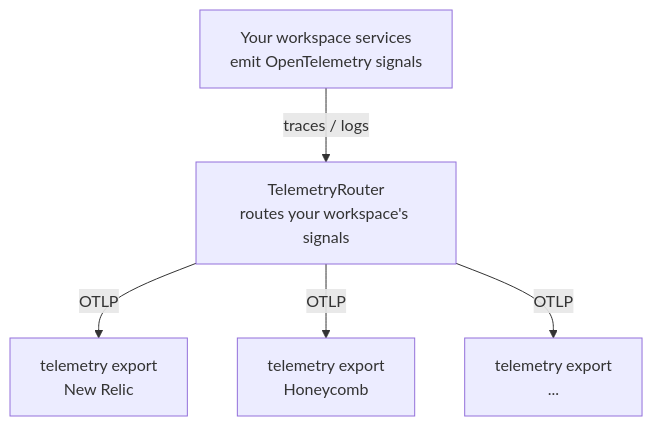
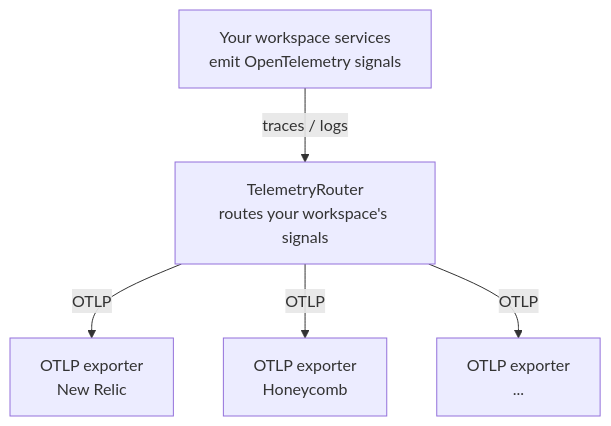
Before and after one commit to tailor-platform/docs: the first of 2 diagrams in docs/guides/opentelemetry.md, drawn with Mermaid. The commit also changed other lines of this file, not shown here.

First line of the commit message:
Rename telemetry export to OTLP exporter in observability guide (#136)

````diff
--- a/docs/guides/opentelemetry.md
+++ b/docs/guides/opentelemetry.md
@@ -20,7 +20,7 @@
 ```mermaid
 flowchart TD
   A[Your workspace services<br/>emit OpenTelemetry signals] -->|traces / logs| B[TelemetryRouter<br/>routes your workspace's signals]
-  B -->|OTLP| C[telemetry export<br/>New Relic]
-  B -->|OTLP| D[telemetry export<br/>Honeycomb]
-  B -->|OTLP| E[telemetry export<br/>...]
+  B -->|OTLP| C[OTLP exporter<br/>New Relic]
+  B -->|OTLP| D[OTLP exporter<br/>Honeycomb]
+  B -->|OTLP| E[OTLP exporter<br/>...]
 ```
````
